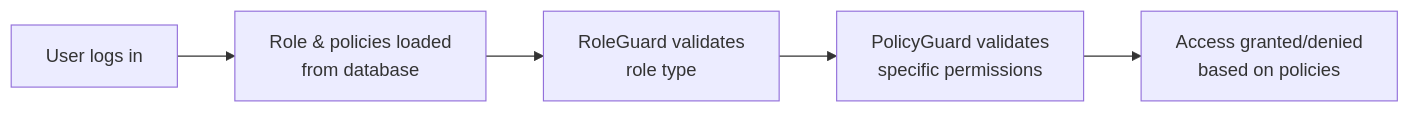
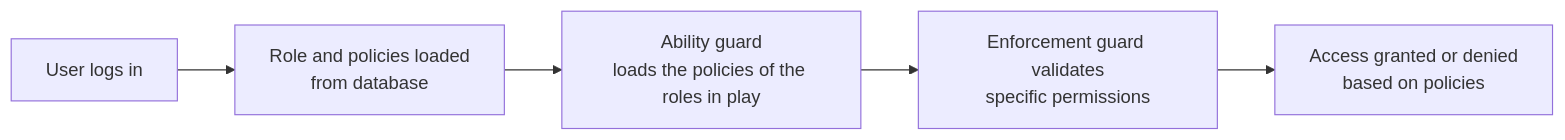
The fifth of 5 diagrams in docs/authorization.md (andrechristikan/ack-nestjs-boilerplate), drawn with Mermaid before and after one commit. The commit also changed other lines of this file and 303 other files, not shown here.

Commit message:
feat(policy): add the casl v7 policy model, guards, and decorators

````diff
--- a/docs/authorization.md
+++ b/docs/authorization.md
@@ -643,7 +651,7 @@
 ```mermaid
 flowchart LR
-    User[User logs in] --> LoadRole[Role & policies loaded<br/>from database]
-    LoadRole --> RoleGuard[RoleGuard validates<br/>role type]
-    RoleGuard --> PolicyGuard[PolicyGuard validates<br/>specific permissions]
-    PolicyGuard --> Access[Access granted/denied<br/>based on policies]
+    User[User logs in] --> LoadRole[Role and policies loaded<br/>from database]
+    LoadRole --> Guards[Ability guard<br/>loads the policies of the roles in play]
+    Guards --> PolicyGuard[Enforcement guard validates<br/>specific permissions]
+    PolicyGuard --> Access[Access granted or denied<br/>based on policies]
 ```
````
